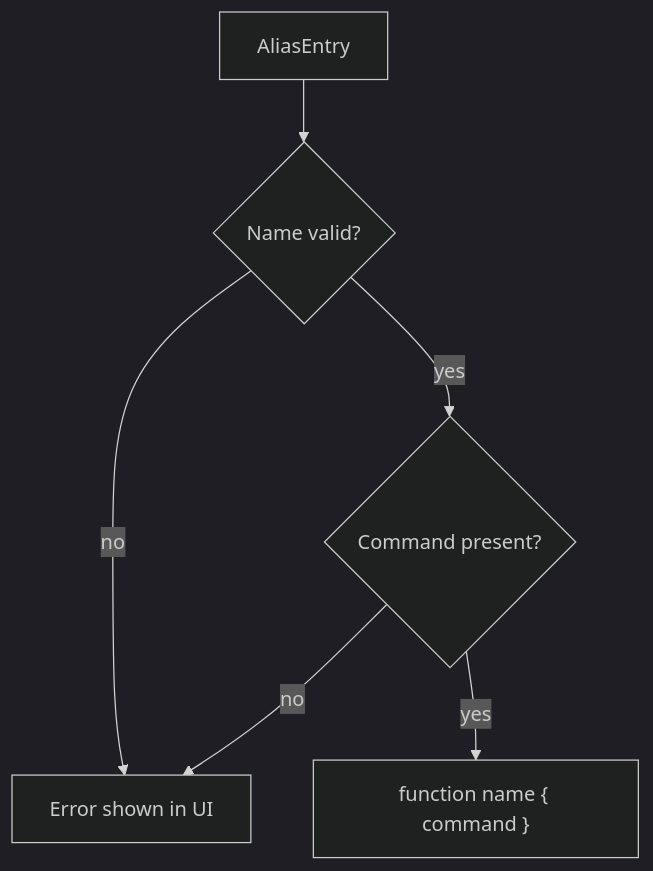
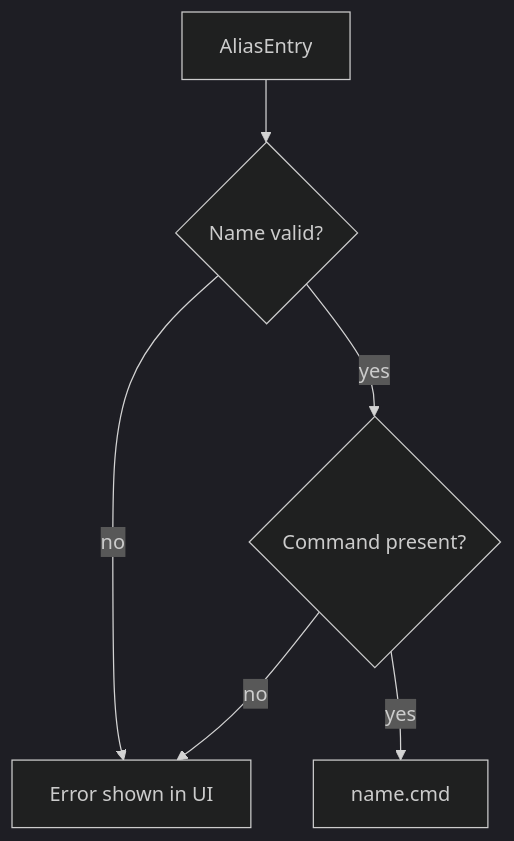
Before and after one commit to hannesgnann-hub/easyalias: the seventh of 7 diagrams in windows_src/docs/ARCHITECTURE.md, drawn with Mermaid (dark theme). The commit also changed other lines of this file and 5 other files, not shown here.

````diff
--- a/windows_src/docs/ARCHITECTURE.md
+++ b/windows_src/docs/ARCHITECTURE.md
@@ -241,14 +239,14 @@
 ```mermaid
 flowchart TD
   AliasEntry["AliasEntry"]
   ValidateName{"Name valid?"}
   ValidateCommand{"Command present?"}
-  FunctionLine["function name { command }"]
+  CmdFile["name.cmd"]
   Error["Error shown in UI"]
 
   AliasEntry --> ValidateName
   ValidateName -- "no" --> Error
   ValidateName -- "yes" --> ValidateCommand
   ValidateCommand -- "no" --> Error
-  ValidateCommand -- "yes" --> FunctionLine
+  ValidateCommand -- "yes" --> CmdFile
 ```
````
